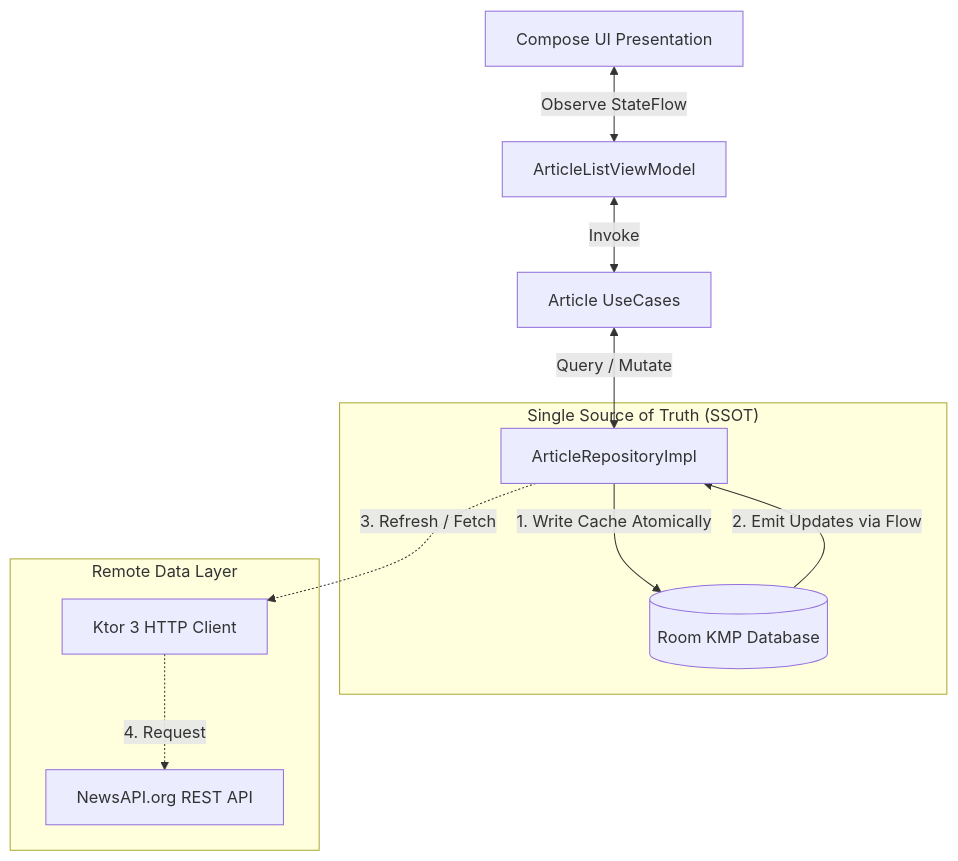
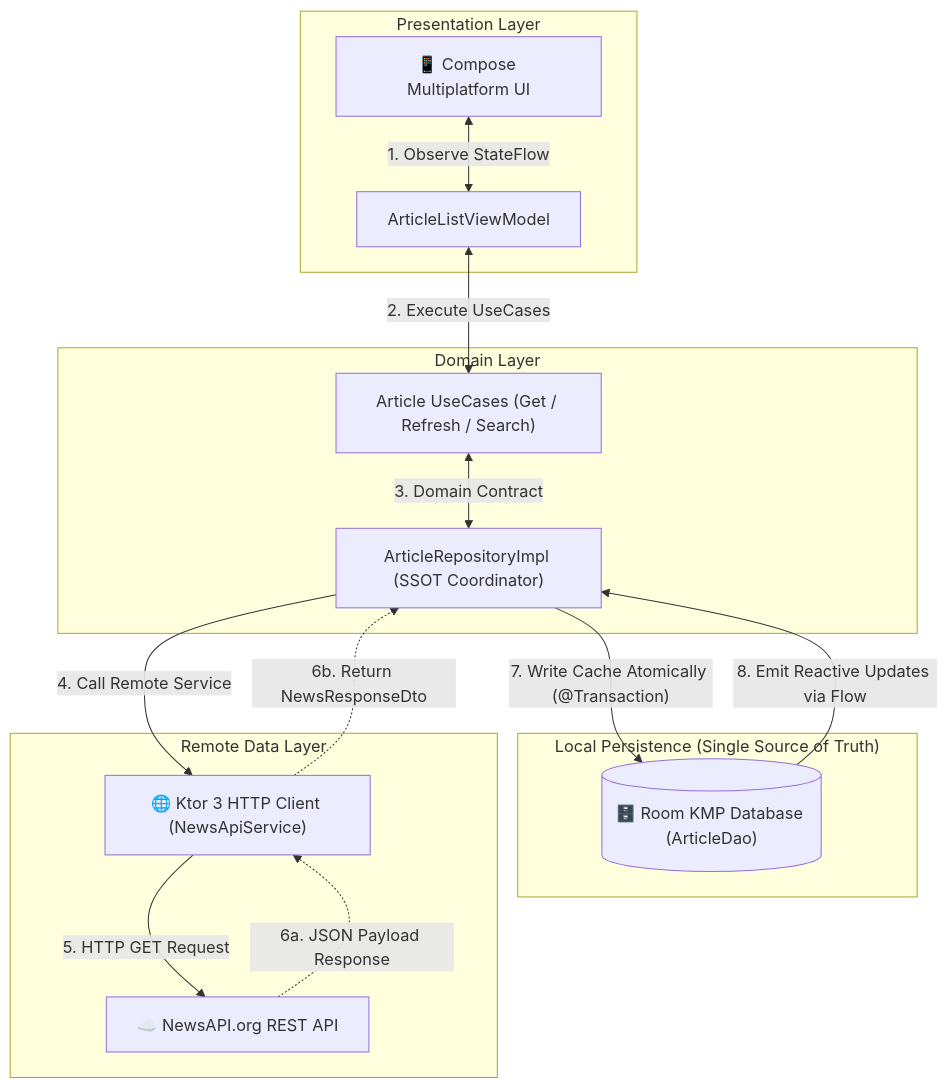
Before and after one commit to Samsul-Arip/InosoftNewApps: the diagram in README.md, drawn with Mermaid.

Commit message:
docs: enhance Offline-First SSOT architecture diagram with bidirectional remote response flow

````diff
--- a/README.md
+++ b/README.md
@@ -127,16 +127,23 @@
 ```mermaid
 graph TD
-    UI[Compose UI Presentation] <-->|Observe StateFlow| VM[ArticleListViewModel]
-    VM <-->|Invoke| UC[Article UseCases]
-    UC <-->|Query / Mutate| REPO[ArticleRepositoryImpl]
-    
-    subgraph "Single Source of Truth (SSOT)"
-        REPO -->|1. Write Cache Atomically| ROOM[(Room KMP Database)]
-        ROOM -->|2. Emit Updates via Flow| REPO
+    subgraph "Presentation Layer"
+        UI["📱 Compose Multiplatform UI"] <-->|"1. Observe StateFlow"| VM["ArticleListViewModel"]
     end
-    
+
+    subgraph "Domain Layer"
+        VM <-->|"2. Execute UseCases"| UC["Article UseCases (Get / Refresh / Search)"]
+        UC <-->|"3. Domain Contract"| REPO["ArticleRepositoryImpl (SSOT Coordinator)"]
+    end
+
+    subgraph "Local Persistence (Single Source of Truth)"
+        REPO -->|"7. Write Cache Atomically (@Transaction)"| ROOM[("🗄️ Room KMP Database (ArticleDao)")]
+        ROOM -->|"8. Emit Reactive Updates via Flow"| REPO
+    end
+
     subgraph "Remote Data Layer"
-        REPO -.->|3. Refresh / Fetch| KTOR[Ktor 3 HTTP Client]
-        KTOR -.->|4. Request| API[NewsAPI.org REST API]
+        REPO -->|"4. Call Remote Service"| KTOR["🌐 Ktor 3 HTTP Client (NewsApiService)"]
+        KTOR -->|"5. HTTP GET Request"| API["☁️ NewsAPI.org REST API"]
+        API -.->|"6a. JSON Payload Response"| KTOR
+        KTOR -.->|"6b. Return NewsResponseDto"| REPO
     end
 ```
````
